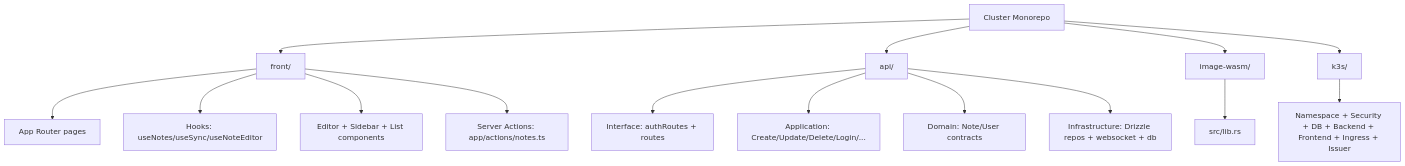
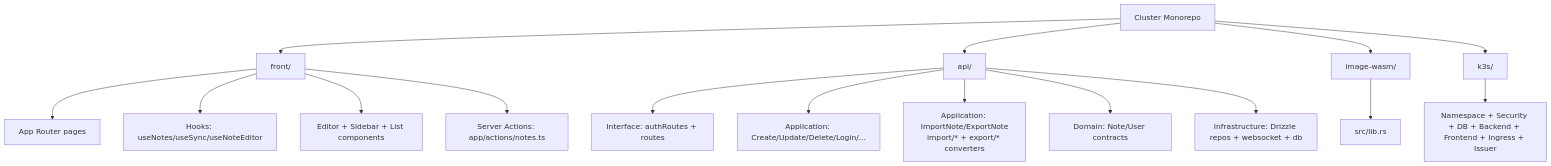
The second of 12 diagrams in architecture.md (duongdk099/cluster-offline), drawn with Mermaid before and after one commit. The commit also changed other lines of this file and 8 other files, not shown here.

````diff
--- a/architecture.md
+++ b/architecture.md
@@ -20,22 +21,23 @@
 ```mermaid
 flowchart TB
     Root[Cluster Monorepo]
 
     Root --> Front[front/]
     Root --> Api[api/]
     Root --> Wasm[image-wasm/]
     Root --> K3s[k3s/]
 
     Front --> FrontApp[App Router pages]
     Front --> FrontHooks[Hooks: useNotes/useSync/useNoteEditor]
     Front --> FrontComponents[Editor + Sidebar + List components]
     Front --> FrontActions[Server Actions: app/actions/notes.ts]
 
     Api --> ApiInterface[Interface: authRoutes + routes]
     Api --> ApiUseCases[Application: Create/Update/Delete/Login/...]
+    Api --> ApiFileUseCases[Application: ImportNote/ExportNote\nimport/* + export/* converters]
     Api --> ApiDomain[Domain: Note/User contracts]
     Api --> ApiInfra[Infrastructure: Drizzle repos + websocket + db]
 
     Wasm --> WasmLib[src/lib.rs]
     K3s --> K3sManifests[Namespace + Security + DB + Backend + Frontend + Ingress + Issuer]
 ```
````
